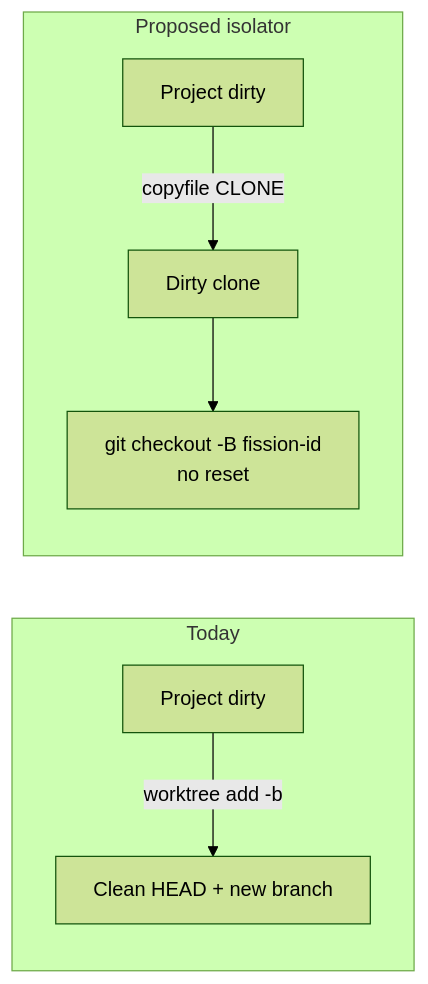
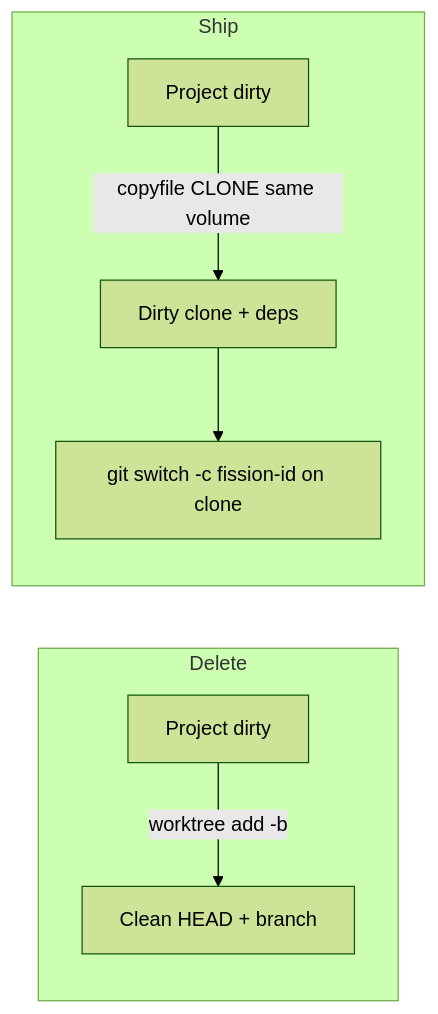
One commit to blntrsz/Fission changed the second of 2 diagrams in .research/rift-worktree-replacement.md. Above: the diagram before and after it, drawn with Mermaid (forest theme). The commit also changed other lines of this file, not shown here.

First line of the commit message:
Lock CoW-only isolate: no worktree fallback, copyfile clone.

````diff
--- a/.research/rift-worktree-replacement.md
+++ b/.research/rift-worktree-replacement.md
@@ -151,10 +160,10 @@
 ```mermaid
 flowchart LR
-  subgraph today [Today]
-    A[Project dirty] -->|worktree add -b| B[Clean HEAD + new branch]
+  subgraph gone [Delete]
+    A[Project dirty] -->|worktree add -b| B[Clean HEAD + branch]
   end
-  subgraph proposed [Proposed isolator]
-    C[Project dirty] -->|copyfile CLONE| D[Dirty clone]
-    D --> E[git checkout -B fission-id<br/>no reset]
+  subgraph ship [Ship]
+    C[Project dirty] -->|copyfile CLONE same volume| D[Dirty clone + deps]
+    D --> E[git switch -c fission-id on clone]
   end
 ```
````
